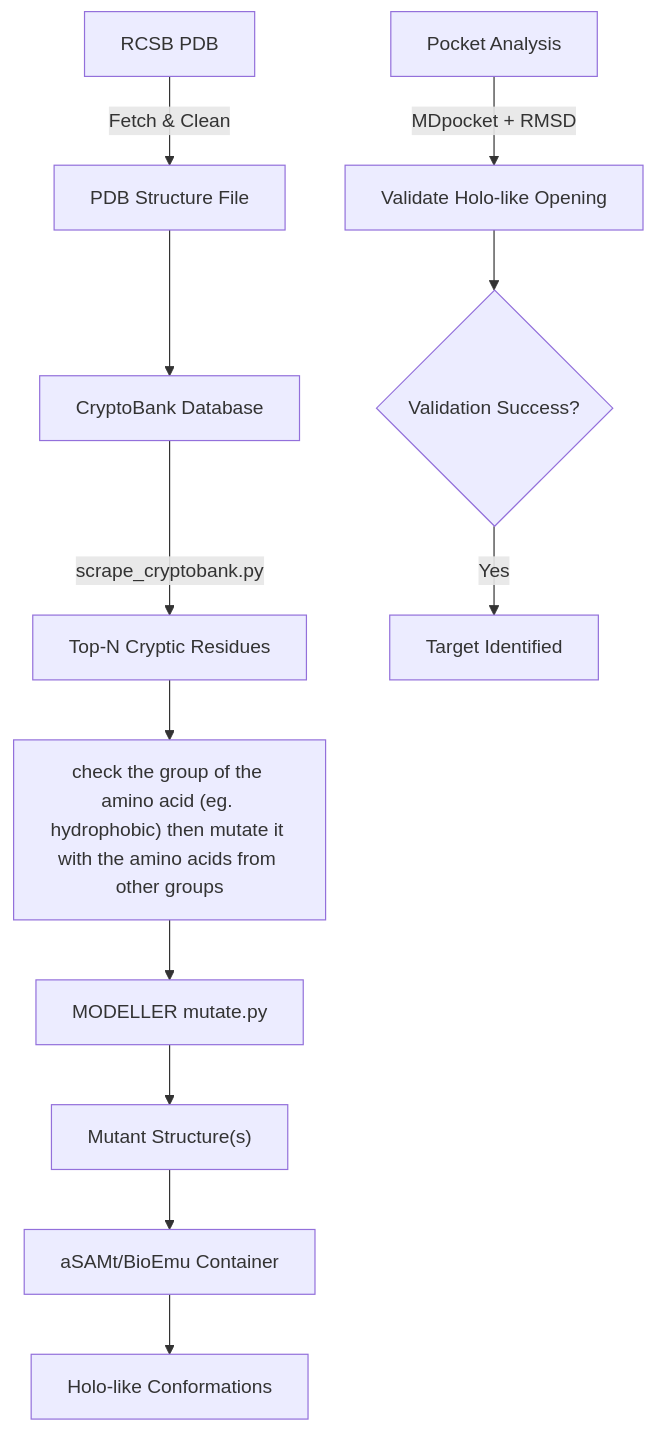
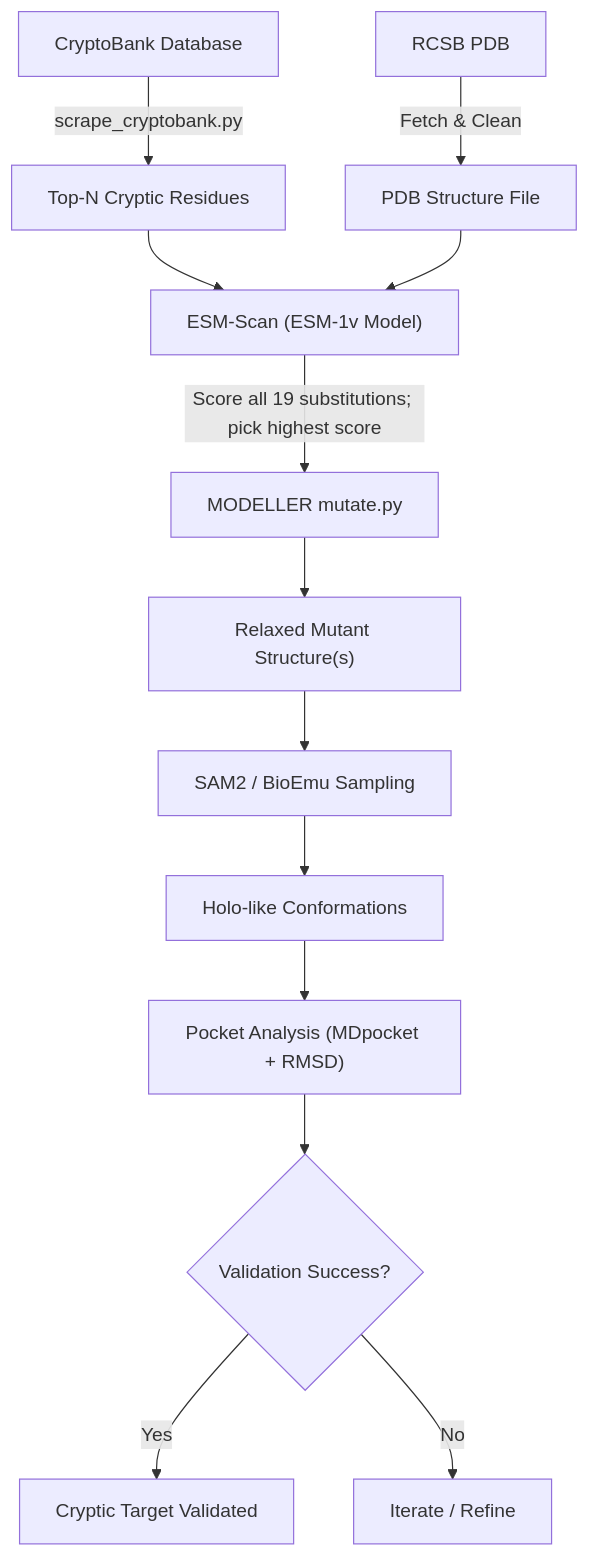
The diagram in README.md (singhnitink/CryptiScan), drawn with Mermaid before and after one commit. The commit also changed other lines of this file and 21 other files, not shown here.

````diff
--- a/README.md
+++ b/README.md
@@ -6,33 +5,20 @@
 ```mermaid
 ---
 config:
   layout: dagre
   theme: mc
 ---
 flowchart TB
     A["CryptoBank Database"] -- "scrape_cryptobank.py" --> B["Top-N Cryptic Residues"]
-    C["RCSB PDB"] -- Fetch & Clean --> D["PDB Structure File"]
-    B --> E["check the group of the amino acid (eg. hydrophobic) then mutate it with the amino acids from other groups"]
-    G["MODELLER mutate.py"] --> H["Mutant Structure(s)"]
-    H --> I["aSAMt/BioEmu Container"]
+    C["RCSB PDB"] -- "Fetch & Clean" --> D["PDB Structure File"]
+    B --> E["ESM-Scan (ESM-1v Model)"]
+    D --> E
+    E -- "Score all 19 substitutions; pick highest score" --> G["MODELLER mutate.py"]
+    G --> H["Relaxed Mutant Structure(s)"]
+    H --> I["SAM2 / BioEmu Sampling"]
     I --> J["Holo-like Conformations"]
-    K["Pocket Analysis"] -- MDpocket + RMSD --> L["Validate Holo-like Opening"]
-    L --> M{"Validation Success?"}
-    M -- Yes --> N["Target Identified"]
-    D --> A
-    E --> G
-
-     A
-     B
-     C
-     D
-     E
-     G
-     H
-     I
-     J
-     K
-     L
-     M
-     N
+    J --> K["Pocket Analysis (MDpocket + RMSD)"]
+    K --> L{"Validation Success?"}
+    L -- Yes --> M["Cryptic Target Validated"]
+    L -- No --> N["Iterate / Refine"]
 ```
````
